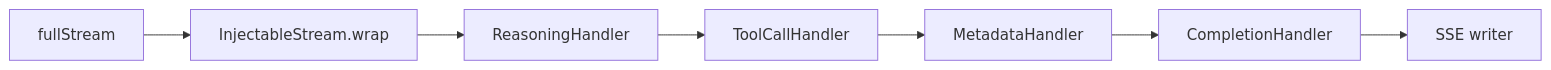
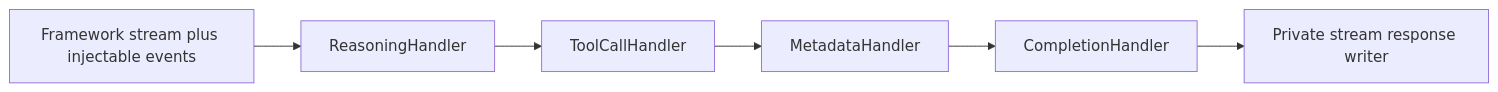
One commit to kontourai/station changed the seventh of 7 diagrams in docs/architecture.md. Above: the diagram before and after it, drawn with Mermaid. The commit also changed other lines of this file, not shown here.

Commit message:
docs(architecture): explain verified execution and transport boundaries

````diff
--- a/docs/architecture.md
+++ b/docs/architecture.md
@@ -425,9 +366,8 @@
 ```mermaid
-graph LR
-    FS[fullStream] --> IS[InjectableStream.wrap]
-    IS --> RH[ReasoningHandler]
-    RH --> TCH[ToolCallHandler]
-    TCH --> MH[MetadataHandler]
-    MH --> CH[CompletionHandler]
-    CH --> SSE[SSE writer]
+flowchart LR
+    Input[Framework stream plus injectable events] --> Reasoning[ReasoningHandler]
+    Reasoning --> Tools[ToolCallHandler]
+    Tools --> Metadata[MetadataHandler]
+    Metadata --> Completion[CompletionHandler]
+    Completion --> Writer[Private stream response writer]
 ```
````
